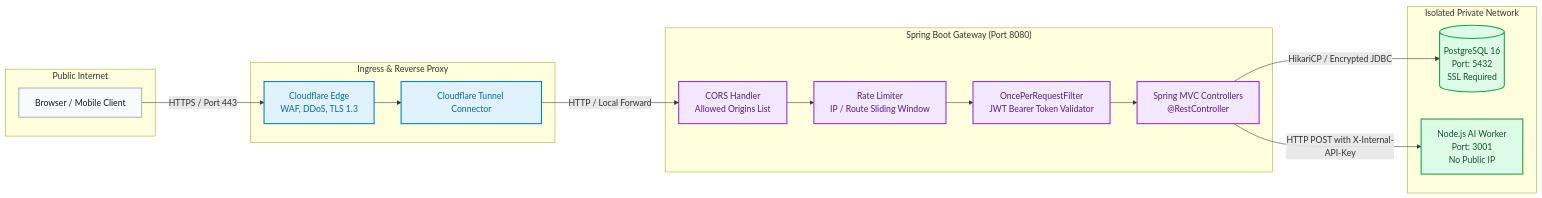
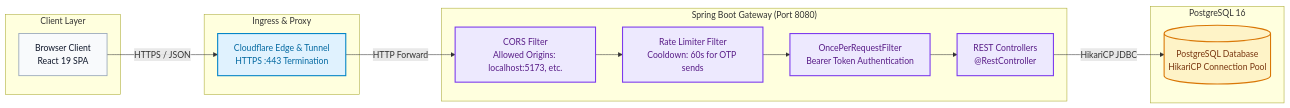
Before and after one commit to LNCT-Unix/AI-Powered-Upskilling-Platform: the third of 11 diagrams in DESIGN_FLOWCHARTS.md, drawn with Mermaid. The commit also changed other lines of this file, not shown here.

Commit message:
Updated flowcharts

````diff
--- a/DESIGN_FLOWCHARTS.md
+++ b/DESIGN_FLOWCHARTS.md
@@ -174,42 +141,38 @@
 ```mermaid
 flowchart LR
-    subgraph PublicInternet ["Public Internet"]
-        USER["Browser / Mobile Client"]
+    subgraph PublicClient ["Client Layer"]
+        SPA["Browser Client<br/>React 19 SPA"]
     end
 
-    subgraph IngressZone ["Ingress & Reverse Proxy"]
-        CF["Cloudflare Edge<br/>WAF, DDoS, TLS 1.3"]
-        TUNNEL["Cloudflare Tunnel Connector"]
+    subgraph EdgeLayer ["Ingress & Proxy"]
+        CF["Cloudflare Edge & Tunnel<br/>HTTPS :443 Termination"]
     end
 
-    subgraph DMZ ["Spring Boot Gateway (Port 8080)"]
-        CORS["CORS Handler<br/>Allowed Origins List"]
-        RATE["Rate Limiter<br/>IP / Route Sliding Window"]
-        JWT_FILTER["OncePerRequestFilter<br/>JWT Bearer Token Validator"]
-        CONTROLLERS["Spring MVC Controllers<br/>@RestController"]
+    subgraph GatewayCore ["Spring Boot Gateway (Port 8080)"]
+        CORS["CORS Filter<br/>Allowed Origins: localhost:5173, etc."]
+        RATE["Rate Limiter Filter<br/>Cooldown: 60s for OTP sends"]
+        JWT_FILTER["OncePerRequestFilter<br/>Bearer Token Authentication"]
+        CONTROLLER["REST Controllers<br/>@RestController"]
     end
 
-    subgraph PrivateVPC ["Isolated Private Network"]
-        DB[("PostgreSQL 16<br/>Port: 5432<br/>SSL Required")]
-        WORKER["Node.js AI Worker<br/>Port: 3001<br/>No Public IP"]
+    subgraph StorageLayer ["PostgreSQL 16"]
+        DB[("PostgreSQL Database<br/>HikariCP Connection Pool")]
     end
 
-    USER -->|HTTPS / Port 443| CF
-    CF --> TUNNEL
-    TUNNEL -->|HTTP / Local Forward| CORS
+    SPA -->|HTTPS / JSON| CF
+    CF -->|HTTP Forward| CORS
     CORS --> RATE
     RATE --> JWT_FILTER
-    JWT_FILTER --> CONTROLLERS
-    CONTROLLERS -->|HikariCP / Encrypted JDBC| DB
-    CONTROLLERS -->|HTTP POST with X-Internal-API-Key| WORKER
+    JWT_FILTER --> CONTROLLER
+    CONTROLLER -->|HikariCP JDBC| DB
 
-    classDef public fill:#f8fafc,stroke:#94a3b8,stroke-width:1.5px,color:#0f172a;
-    classDef ingress fill:#e0f2fe,stroke:#0284c7,stroke-width:2px,color:#0369a1;
-    classDef dmz fill:#f3e8ff,stroke:#9333ea,stroke-width:2px,color:#581c87;
-    classDef privateNet fill:#dcfce7,stroke:#16a34a,stroke-width:2px,color:#14532d;
+    classDef pub fill:#f8fafc,stroke:#94a3b8,stroke-width:1.5px,color:#0f172a;
+    classDef ing fill:#e0f2fe,stroke:#0284c7,stroke-width:2px,color:#0369a1;
+    classDef gwy fill:#ede9fe,stroke:#7c3aed,stroke-width:2px,color:#581c87;
+    classDef dbs fill:#fef3c7,stroke:#d97706,stroke-width:2px,color:#78350f;
 
-    class USER public;
-    class CF,TUNNEL ingress;
-    class CORS,RATE,JWT_FILTER,CONTROLLERS dmz;
-    class DB,WORKER privateNet;
+    class SPA pub;
+    class CF ing;
+    class CORS,RATE,JWT_FILTER,CONTROLLER gwy;
+    class DB dbs;
 ```
````
